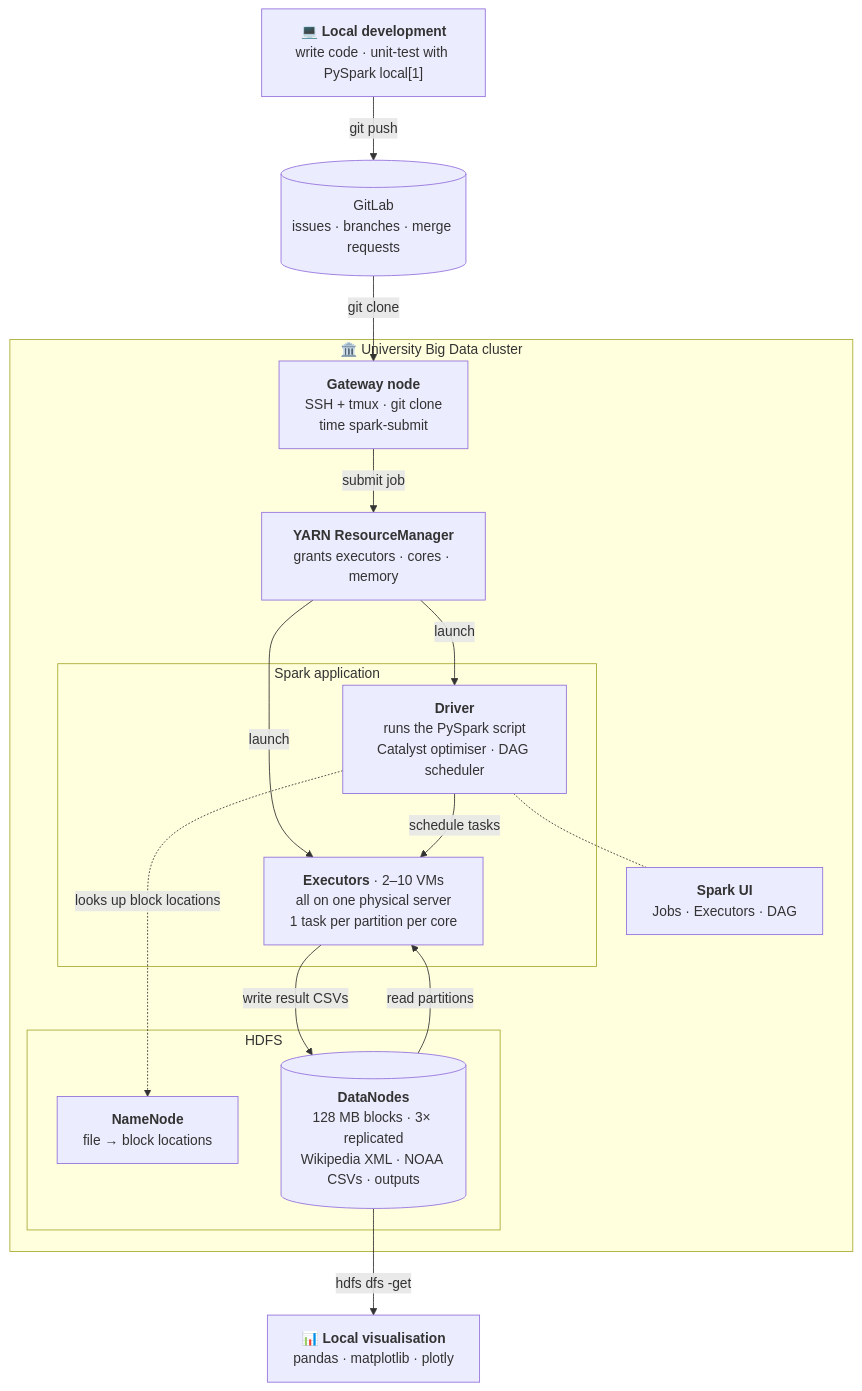
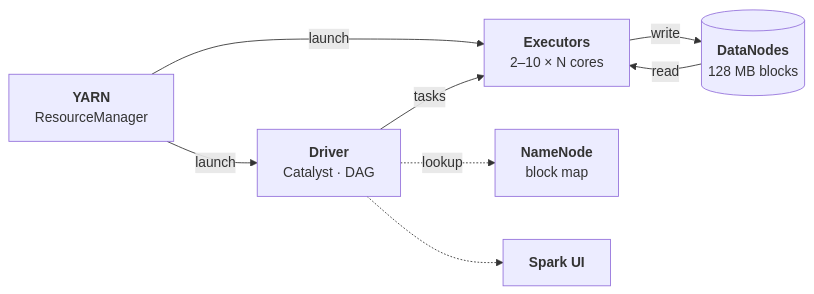
Before and after one commit to Arbzzz04/spark-massive-scale-analytics: the second of 8 diagrams in README.md, drawn with Mermaid. The commit also changed other lines of this file, not shown here.

First line of the commit message:
Split README diagrams into compact, wide segments

````diff
--- a/README.md
+++ b/README.md
@@ -44,33 +59,10 @@
 ```mermaid
-flowchart TB
-    DEV["💻 <b>Local development</b><br/>write code · unit-test with PySpark local[1]"]
-    GIT[("GitLab<br/>issues · branches · merge requests")]
-
-    subgraph CLUSTER["🏛️ University Big Data cluster"]
-        GW["<b>Gateway node</b><br/>SSH + tmux · git clone<br/>time spark-submit"]
-        RM["<b>YARN ResourceManager</b><br/>grants executors · cores · memory"]
-        subgraph APP["Spark application"]
-            DRV["<b>Driver</b><br/>runs the PySpark script<br/>Catalyst optimiser · DAG scheduler"]
-            EX["<b>Executors</b> · 2–10 VMs<br/>all on one physical server<br/>1 task per partition per core"]
-        end
-        subgraph STORE["HDFS"]
-            NN["<b>NameNode</b><br/>file → block locations"]
-            DN[("<b>DataNodes</b><br/>128 MB blocks · 3× replicated<br/>Wikipedia XML · NOAA CSVs · outputs")]
-        end
-        UI["<b>Spark UI</b><br/>Jobs · Executors · DAG"]
-    end
-
-    VIZ["📊 <b>Local visualisation</b><br/>pandas · matplotlib · plotly"]
-
-    DEV -->|git push| GIT
-    GIT -->|git clone| GW
-    GW -->|submit job| RM
-    RM -->|launch| DRV
-    RM -->|launch| EX
-    DRV -->|schedule tasks| EX
-    DRV -.- UI
-    DRV -.->|looks up block locations| NN
-    DN -->|read partitions| EX
-    EX -->|write result CSVs| DN
-    DN -->|hdfs dfs -get| VIZ
+flowchart LR
+    RM["<b>YARN</b><br/>ResourceManager"] -->|launch| DRV["<b>Driver</b><br/>Catalyst · DAG"]
+    RM -->|launch| EX["<b>Executors</b><br/>2–10 × N cores"]
+    DRV -->|tasks| EX
+    DRV -.->|lookup| NN["<b>NameNode</b><br/>block map"]
+    DN[("<b>DataNodes</b><br/>128 MB blocks")] -->|read| EX
+    EX -->|write| DN
+    DRV -.-> UI["<b>Spark UI</b>"]
 ```
````
